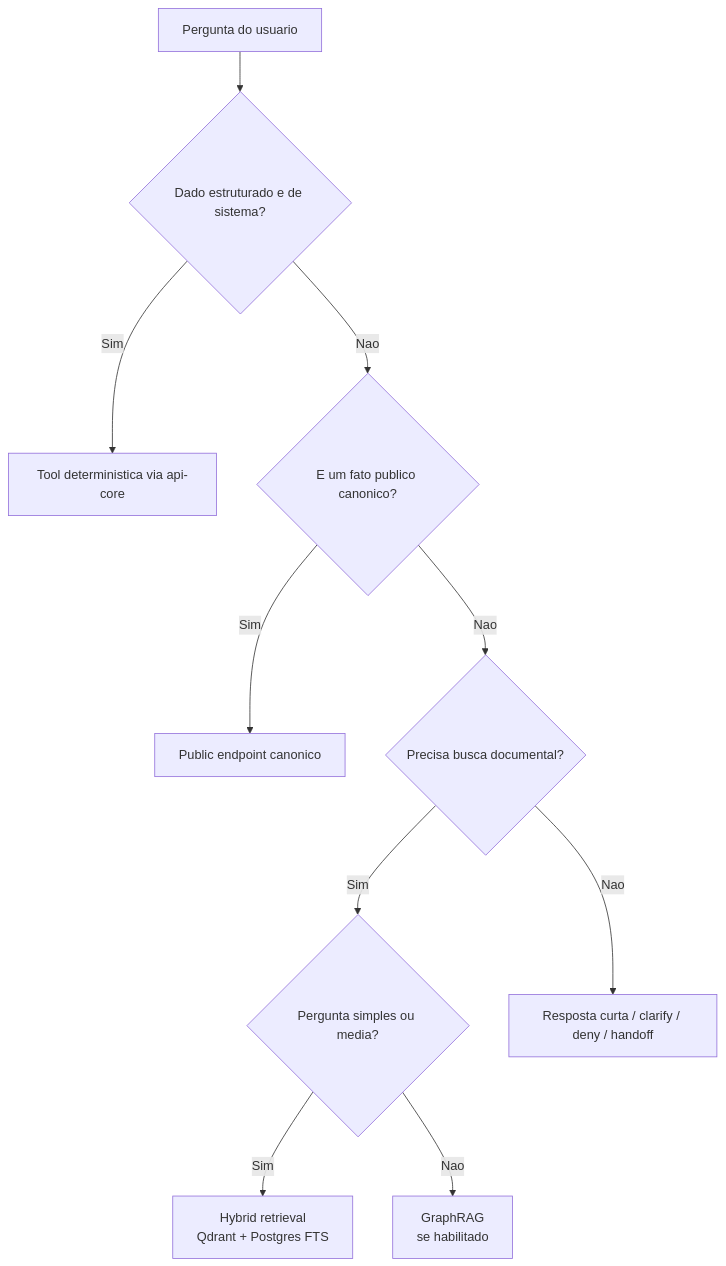
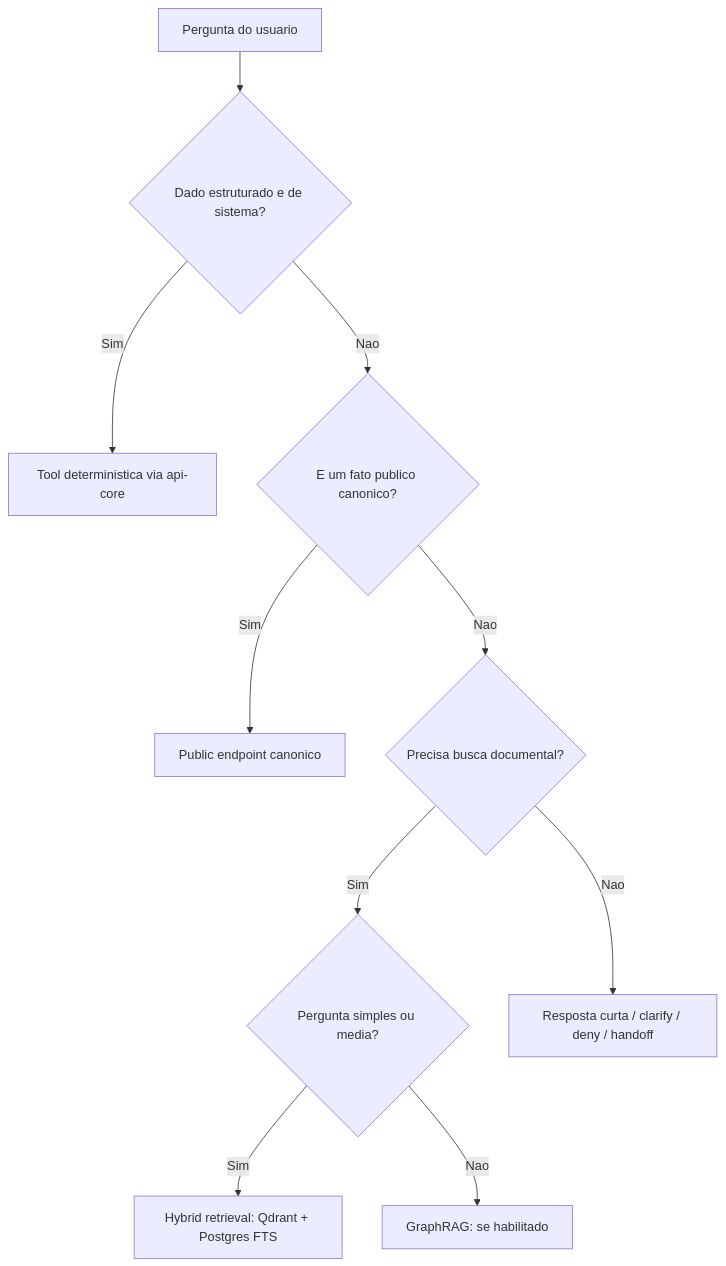
Before and after one commit to EliseuODaniel/eduassist-platform: diagram 14 of 15 in docs/architecture/dual-stack-runtime-visual-guide.md, drawn with Mermaid. The commit also changed other lines of this file, not shown here.

Commit message:
Simplify Mermaid syntax in dual stack visual guide

````diff
--- a/docs/architecture/dual-stack-runtime-visual-guide.md
+++ b/docs/architecture/dual-stack-runtime-visual-guide.md
@@ -356,12 +356,12 @@
 ```mermaid
-flowchart TD
+graph TD
     Q["Pergunta do usuario"] --> A{"Dado estruturado e de sistema?"}
     A -- Sim --> B["Tool deterministica via api-core"]
     A -- Nao --> C{"E um fato publico canonico?"}
     C -- Sim --> D["Public endpoint canonico"]
     C -- Nao --> E{"Precisa busca documental?"}
     E -- Sim --> F{"Pergunta simples ou media?"}
-    F -- Sim --> G["Hybrid retrieval<br/>Qdrant + Postgres FTS"]
-    F -- Nao --> H["GraphRAG<br/>se habilitado"]
+    F -- Sim --> G["Hybrid retrieval: Qdrant + Postgres FTS"]
+    F -- Nao --> H["GraphRAG: se habilitado"]
     E -- Nao --> I["Resposta curta / clarify / deny / handoff"]
 ```
````
